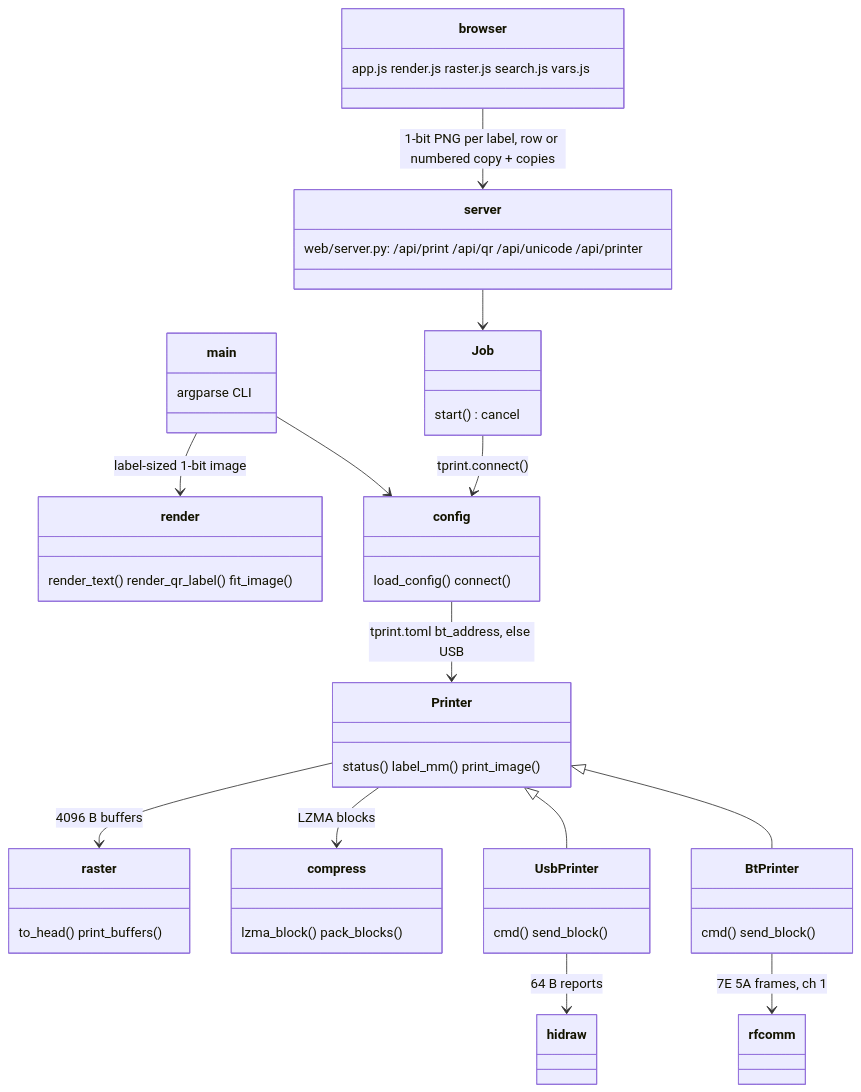
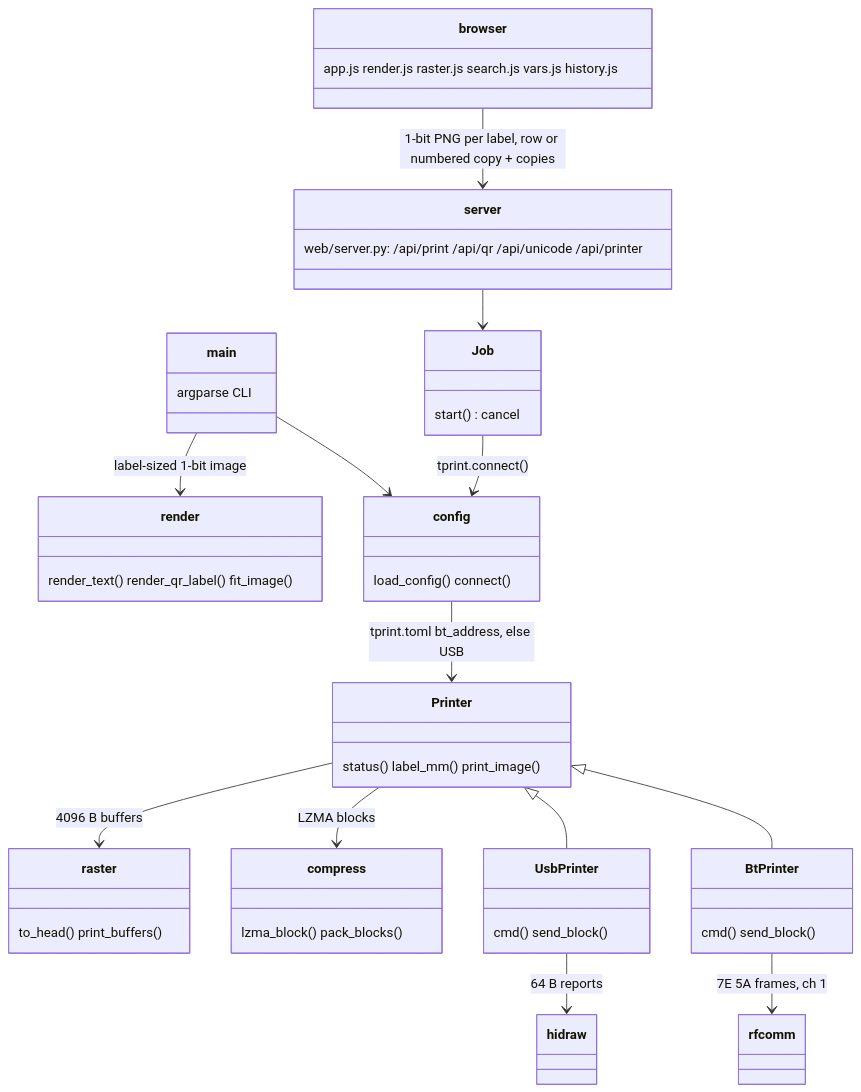
Before and after one commit to tmpk13/thermal-printer-py: the diagram in README.md, drawn with Mermaid. The commit also changed other lines of this file and 7 other files, not shown here.

````diff
--- a/README.md
+++ b/README.md
@@ -50,26 +52,26 @@
 ```mermaid
 classDiagram
     class main { argparse CLI }
     class render { render_text() render_qr_label() fit_image() }
     class raster { to_head() print_buffers() }
     class compress { lzma_block() pack_blocks() }
     class Printer { status() label_mm() print_image() }
     class UsbPrinter { cmd() send_block() }
     class BtPrinter { cmd() send_block() }
     class config { load_config() connect() }
     class server { web/server.py: /api/print /api/qr /api/unicode /api/printer }
     class Job { start() cancel }
-    class browser { app.js render.js raster.js search.js vars.js }
+    class browser { app.js render.js raster.js search.js vars.js history.js }
     main --> render : label-sized 1-bit image
     main --> config
     config --> Printer : tprint.toml bt_address, else USB
     browser --> server : 1-bit PNG per label, row or numbered copy + copies
     server --> Job
     Job --> config : tprint.connect()
     Printer <|-- UsbPrinter
     Printer <|-- BtPrinter
     Printer --> raster : 4096 B buffers
     Printer --> compress : LZMA blocks
     UsbPrinter --> hidraw : 64 B reports
     BtPrinter --> rfcomm : 7E 5A frames, ch 1
 ```
````
